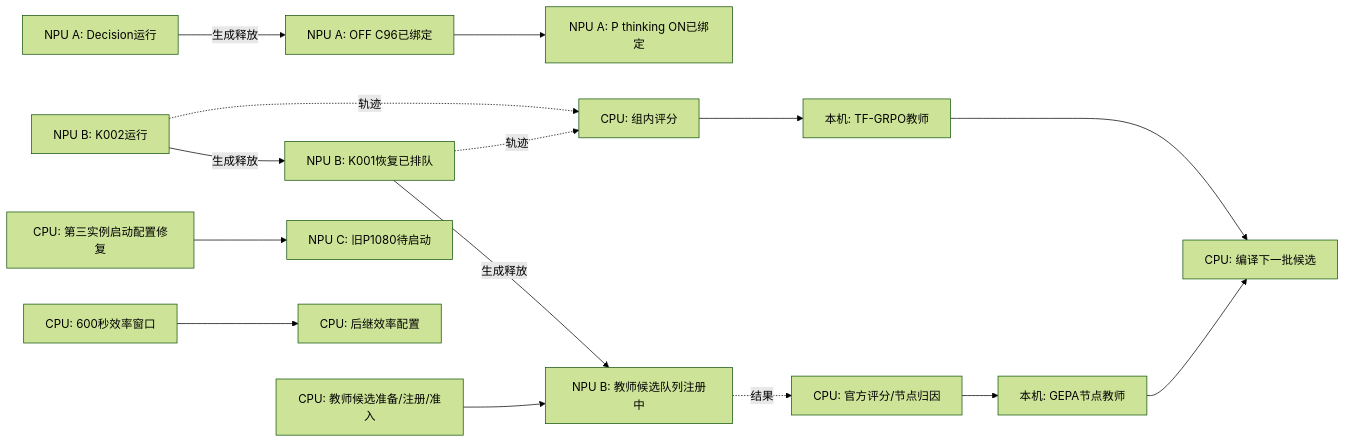
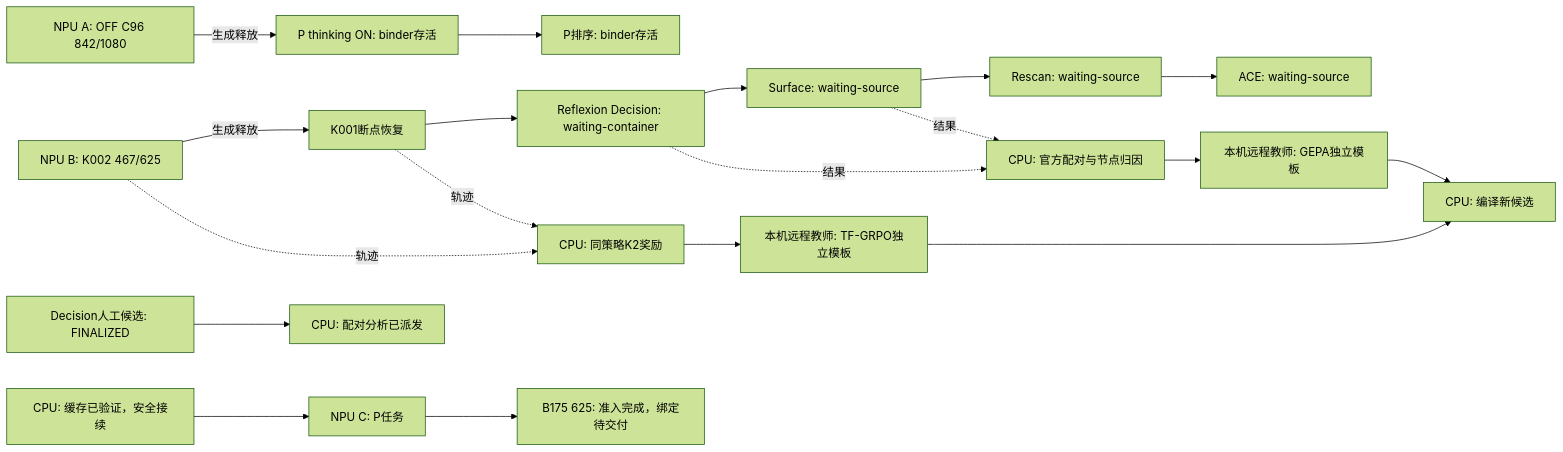
Before and after one commit to chaosxingxc-orion/omni: the diagram in wiki/TFRL-Execution-DAG.md, drawn with Mermaid (forest theme). The commit also changed other lines of this file and 5 other files, not shown here.

````diff
--- a/wiki/TFRL-Execution-DAG.md
+++ b/wiki/TFRL-Execution-DAG.md
@@ -5,17 +5,21 @@
 ```mermaid
 flowchart LR
-  A["NPU A: Decision运行"] -->|生成释放| C96["NPU A: OFF C96已绑定"]
-  C96 --> PON["NPU A: P thinking ON已绑定"]
-  K2["NPU B: K002运行"] -->|生成释放| K1["NPU B: K001恢复已排队"]
-  K1 -->|生成释放| R["NPU B: 教师候选队列注册中"]
-  Prep["CPU: 教师候选准备/注册/准入"] --> R
-  Fix["CPU: 第三实例启动配置修复"] --> C["NPU C: 旧P1080待启动"]
-  K2 -.轨迹.-> Score["CPU: 组内评分"]
-  K1 -.轨迹.-> Score
-  Score --> GRPO["本机: TF-GRPO教师"]
-  GRPO --> Next["CPU: 编译下一批候选"]
-  R -.结果.-> Eval["CPU: 官方评分/节点归因"]
-  Eval --> GEPA["本机: GEPA节点教师"]
-  GEPA --> Next
-  Eff["CPU: 600秒效率窗口"] --> Config["CPU: 后继效率配置"]
+ A["NPU A: OFF C96 842/1080"] -->|生成释放| PON["P thinking ON: binder存活"]
+ PON --> HIST["P排序: binder存活"]
+ K2["NPU B: K002 467/625"] -->|生成释放| K1["K001断点恢复"]
+ K1 --> D["Reflexion Decision: waiting-container"]
+ D --> S["Surface: waiting-source"]
+ S --> R["Rescan: waiting-source"]
+ R --> ACE["ACE: waiting-source"]
+ FIX["CPU: 缓存已验证，安全接续"] --> C["NPU C: P任务"]
+ C --> B175["B175 625: 准入完成，绑定待交付"]
+ K1 -.轨迹.-> REWARD["CPU: 同策略K2奖励"]
+ K2 -.轨迹.-> REWARD
+ REWARD --> TF["本机远程教师: TF-GRPO独立模板"]
+ TF --> BUILD["CPU: 编译新候选"]
+ D -.结果.-> EVAL["CPU: 官方配对与节点归因"]
+ S -.结果.-> EVAL
+ EVAL --> GEPA["本机远程教师: GEPA独立模板"]
+ GEPA --> BUILD
+ OLD["Decision人工候选: FINALIZED"] --> PAIR["CPU: 配对分析已派发"]
 ```
````
